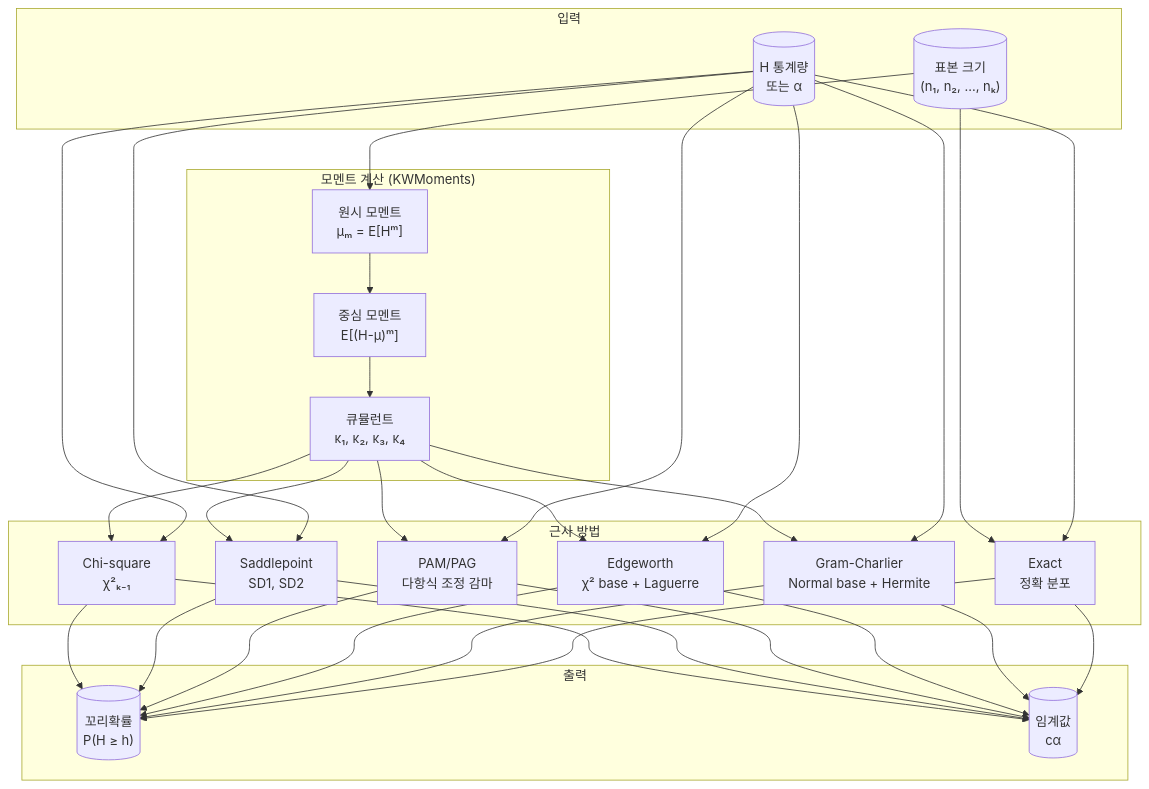
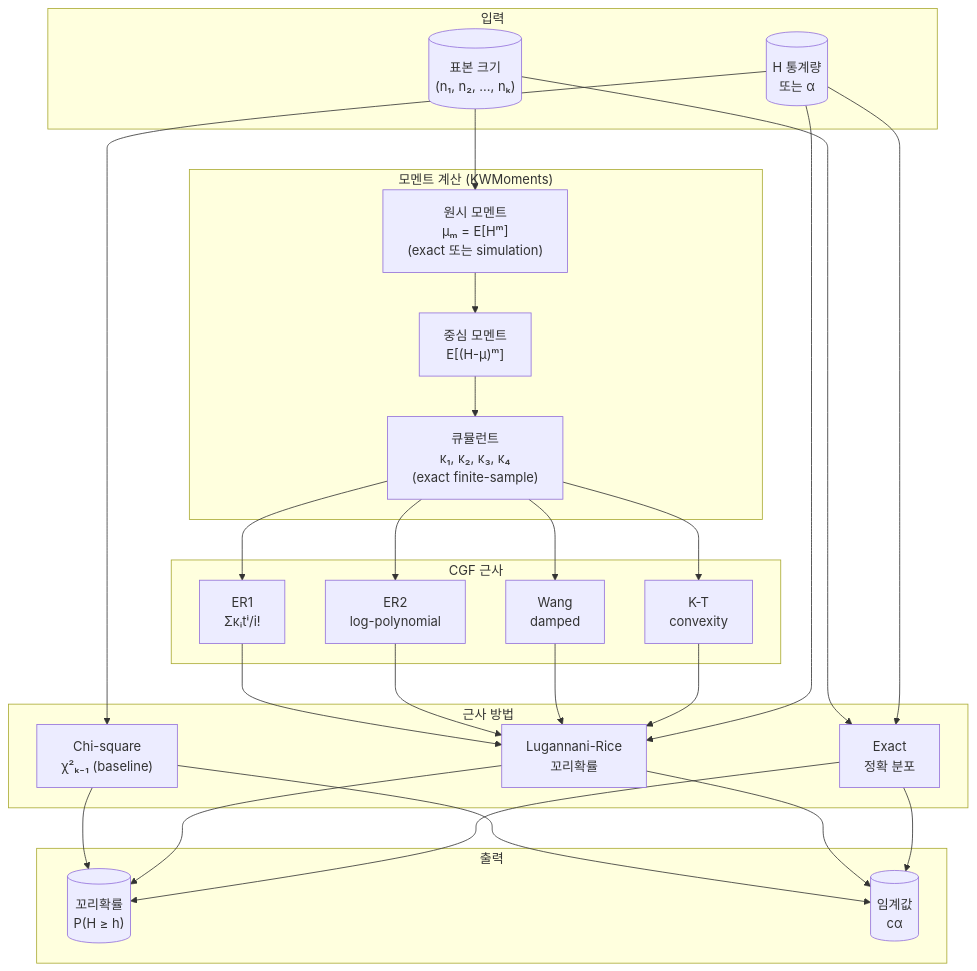
Before and after one commit to zongseung/KS-test: the first of 4 diagrams in README.md, drawn with Mermaid. The commit also changed other lines of this file and 1 other file, not shown here.

````diff
--- a/README.md
+++ b/README.md
@@ -52,35 +52,40 @@
 ```mermaid
 flowchart TB
     subgraph Input["입력"]
         A[("표본 크기<br/>(n₁, n₂, ..., nₖ)")]
         B[("H 통계량<br/>또는 α")]
     end
 
     subgraph Moments["모멘트 계산 (KWMoments)"]
-        C["원시 모멘트<br/>μₘ = E[Hᵐ]"]
+        C["원시 모멘트<br/>μₘ = E[Hᵐ]<br/>(exact 또는 simulation)"]
         D["중심 모멘트<br/>E[(H-μ)ᵐ]"]
-        E["큐뮬런트<br/>κ₁, κ₂, κ₃, κ₄"]
+        E["큐뮬런트<br/>κ₁, κ₂, κ₃, κ₄<br/>(exact finite-sample)"]
+    end
+
+    subgraph CGF["CGF 근사"]
+        F1["ER1<br/>Σκᵢtⁱ/i!"]
+        F2["ER2<br/>log-polynomial"]
+        F3["Wang<br/>damped"]
+        F4["K-T<br/>convexity"]
     end
 
     subgraph Methods["근사 방법"]
-        F["Chi-square<br/>χ²ₖ₋₁"]
-        G["Saddlepoint<br/>SD1, SD2"]
-        H["PAM/PAG<br/>다항식 조정 감마"]
-        I["Edgeworth<br/>χ² base + Laguerre"]
-        J["Gram-Charlier<br/>Normal base + Hermite"]
+        G["Chi-square<br/>χ²ₖ₋₁ (baseline)"]
+        H["Lugannani-Rice<br/>꼬리확률"]
         K["Exact<br/>정확 분포"]
     end
 
     subgraph Output["출력"]
         L[("꼬리확률<br/>P(H ≥ h)")]
         M[("임계값<br/>cα")]
     end
 
     A --> C
     C --> D
     D --> E
-    E --> F & G & H & I & J
+    E --> F1 & F2 & F3 & F4
+    F1 & F2 & F3 & F4 --> H
     A --> K
-    B --> F & G & H & I & J & K
-    F & G & H & I & J & K --> L & M
+    B --> G & H & K
+    G & H & K --> L & M
 ```
````
